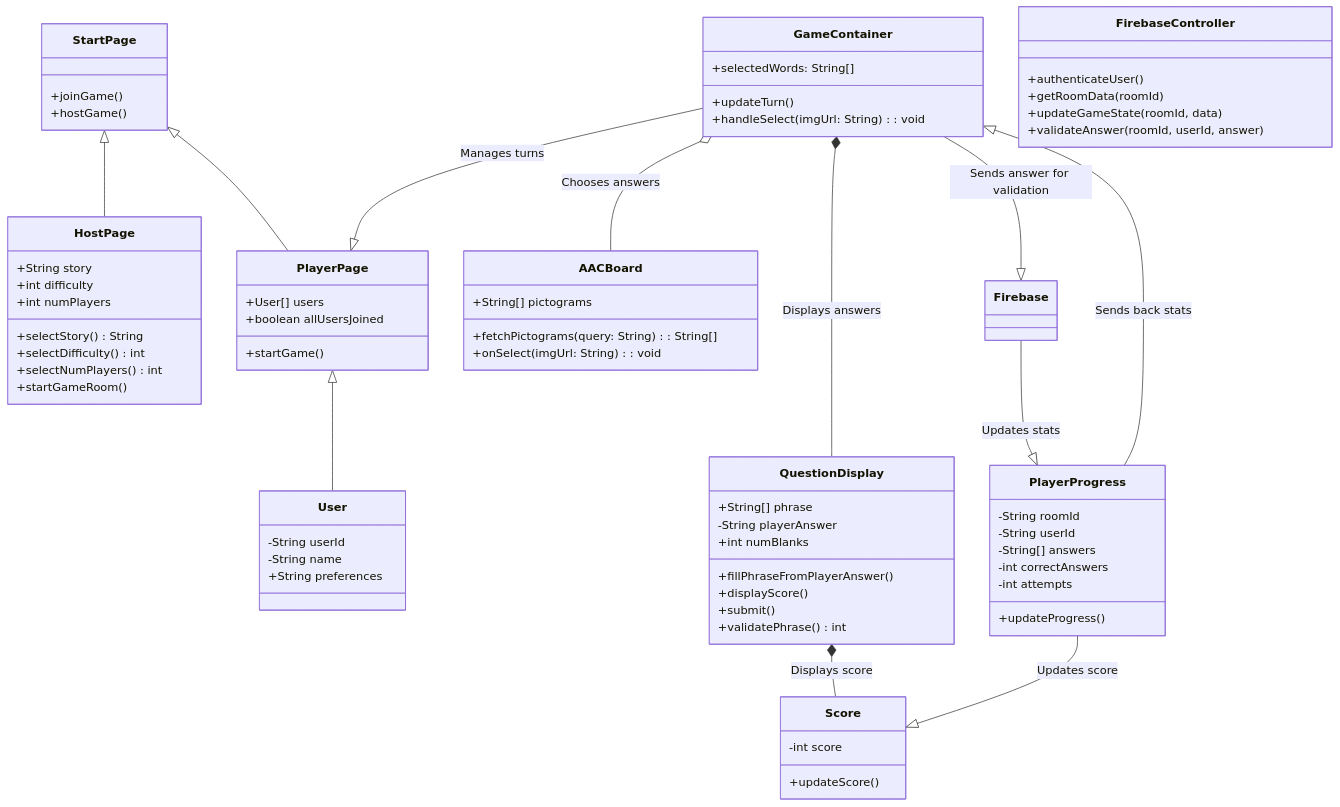
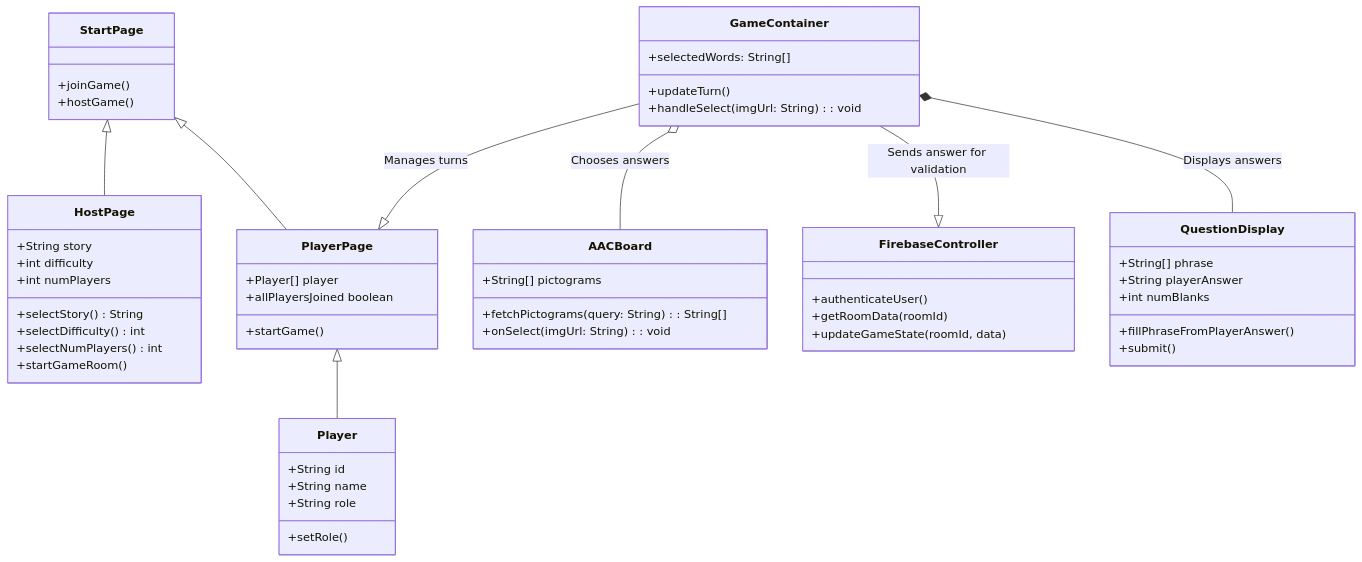
Before and after one commit to henryschoemer/project-aac-game-team-b_bugfix_team6: the first of 9 diagrams in documentation/docs/system-architecture/Design.md, drawn with Mermaid. The commit also changed other lines of this file, not shown here.

Commit message:
Redo the PR I overwrote in merge

````diff
--- a/documentation/docs/system-architecture/Design.md
+++ b/documentation/docs/system-architecture/Design.md
@@ -56,21 +56,9 @@
 ```mermaid 
 classDiagram
-
-    StartPage <|-- HostPage 
-    StartPage <|-- PlayerPage
-    PlayerPage <|-- User
-    GameContainer *-- QuestionDisplay : Displays answers 
-    QuestionDisplay *-- Score : Displays score
-    GameContainer o-- AACBoard : Chooses answers
-    GameContainer --|> PlayerPage : Manages turns
-    GameContainer --|> Firebase : Sends answer for validation
-    Firebase --|> PlayerProgress : Updates stats
-    PlayerProgress --|> GameContainer : Sends back stats
-    PlayerProgress --|> Score : Updates score
-    
+direction TB
     class StartPage {
-        +joinGame()
-        +hostGame()
+	    +joinGame()
+	    +hostGame()
     }
 
     class HostPage {
@@ -84,8 +72,8 @@
     }
 
     class PlayerPage {
-	    +User[] users
-	    +boolean allUsersJoined
+	    +Player[] player
+        +allPlayersJoined boolean
 	    +startGame()
     }
 
@@ -95,46 +83,39 @@
         +handleSelect(imgUrl: String): void
     }
 
-    class Score {
-	    -int score
-        +updateScore()
-    }
-
     class AACBoard {
         +String[] pictograms
 	   +fetchPictograms(query: String): String[]
         +onSelect(imgUrl: String): void
     }
 
-    class User {
-	    -String userId
-	    -String name
-	    +String preferences
-    }
-
     class FirebaseController {
 	    +authenticateUser()
 	    +getRoomData(roomId)
 	    +updateGameState(roomId, data)
-	    +validateAnswer(roomId, userId, answer)
     }
 
-    class PlayerProgress {
-	    -String roomId
-	    -String userId
-	    -String[] answers
-	    -int correctAnswers
-	    -int attempts
-	    +updateProgress()
-    }
 
     class QuestionDisplay {
 	    +String[] phrase
-	    -String playerAnswer
+	    +String playerAnswer
 	    +int numBlanks
 	    +fillPhraseFromPlayerAnswer()
-	    +displayScore()
 	    +submit()
-	    +validatePhrase() int
     }
+
+    class Player {
+        +String id
+        +String name
+        +String role
+        +setRole()
+    }
+
+    StartPage <|-- HostPage 
+    StartPage <|-- PlayerPage
+    PlayerPage <|-- Player
+    GameContainer *-- QuestionDisplay : Displays answers 
+    GameContainer o-- AACBoard : Chooses answers
+    GameContainer --|> PlayerPage : Manages turns
+    GameContainer --|> FirebaseController : Sends answer for validation
 ```
````
